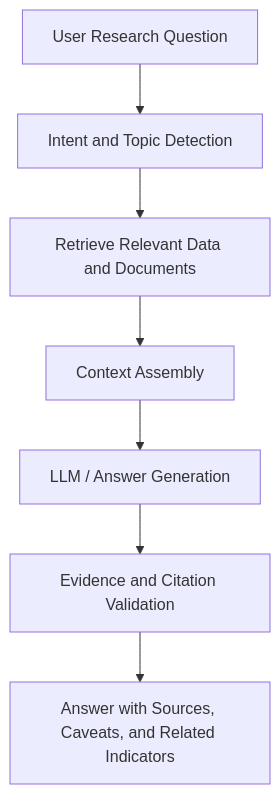
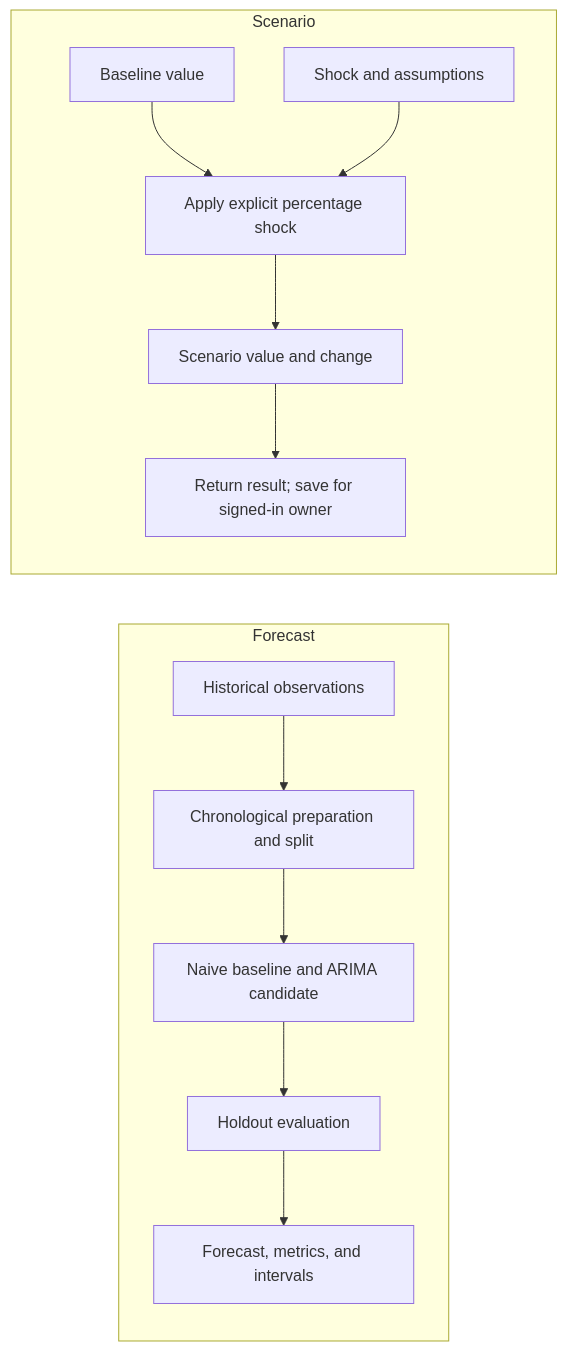
One commit to 409070349865/ECONOVA changed the third of 4 diagrams in README.md. Above: the diagram before and after it, drawn with Mermaid. The commit also changed other lines of this file, not shown here.

````diff
--- a/README.md
+++ b/README.md
@@ -438,9 +81,16 @@
-```mermaid
-flowchart TD
-    Q[User Research Question] --> I[Intent and Topic Detection]
-    I --> R[Retrieve Relevant Data and Documents]
-    R --> C[Context Assembly]
-    C --> L[LLM / Answer Generation]
-    L --> V[Evidence and Citation Validation]
-    V --> O[Answer with Sources, Caveats, and Related Indicators]
-```
+~~~mermaid
+flowchart LR
+    subgraph Forecast
+        F1[Historical observations] --> F2[Chronological preparation and split]
+        F2 --> F3[Naive baseline and ARIMA candidate]
+        F3 --> F4[Holdout evaluation]
+        F4 --> F5[Forecast, metrics, and intervals]
+    end
+
+    subgraph Scenario
+        S1[Baseline value] --> S3[Apply explicit percentage shock]
+        S2[Shock and assumptions] --> S3
+        S3 --> S4[Scenario value and change]
+        S4 --> S5[Return result; save for signed-in owner]
+    end
+~~~
````
